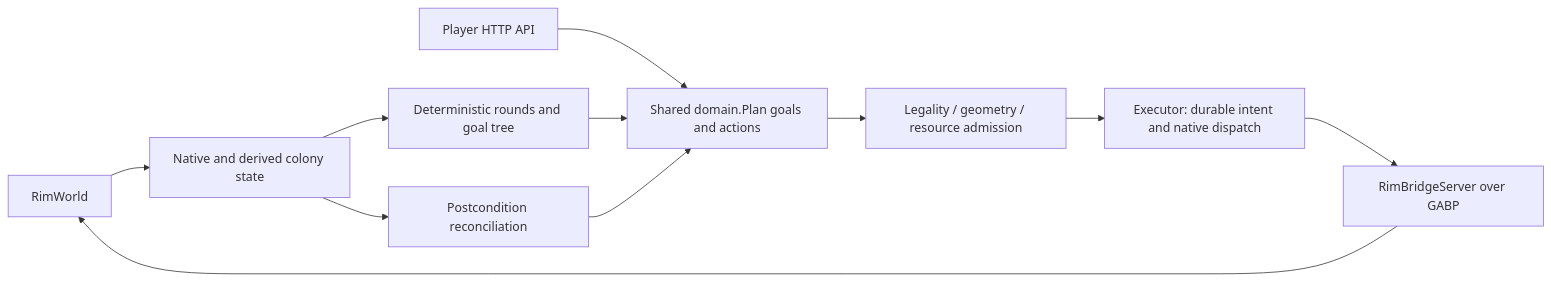
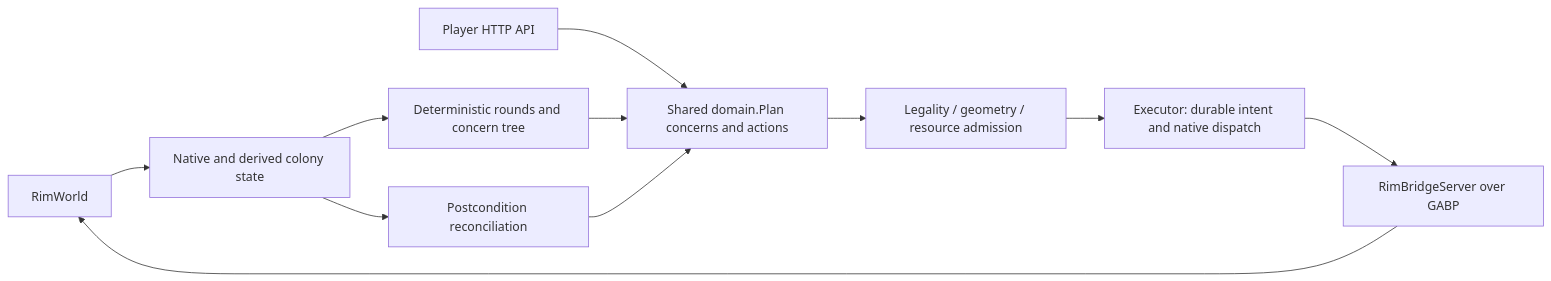
The diagram in docs/developers/source-map.md (davidarcher/rimgovernor), drawn with Mermaid before and after one commit. The commit also changed other lines of this file and 497 other files, not shown here.

````diff
--- a/docs/developers/source-map.md
+++ b/docs/developers/source-map.md
@@ -9,13 +9,13 @@
 ```mermaid
 flowchart LR
     Game[RimWorld] --> Facts[Native and derived colony state]
-    Facts --> Policy[Deterministic rounds and goal tree]
-    Player[Player HTTP API] --> Plan[Shared domain.Plan goals and actions]
+    Facts --> Policy[Deterministic rounds and concern tree]
+    Player[Player HTTP API] --> Plan[Shared domain.Plan concerns and actions]
     Policy --> Plan
     Plan --> Validate[Legality / geometry / resource admission]
     Validate --> Executor[Executor: durable intent and native dispatch]
     Executor --> Bridge[RimBridgeServer over GABP]
     Bridge --> Game
     Facts --> Outcomes[Postcondition reconciliation]
     Outcomes --> Plan
 ```
````
